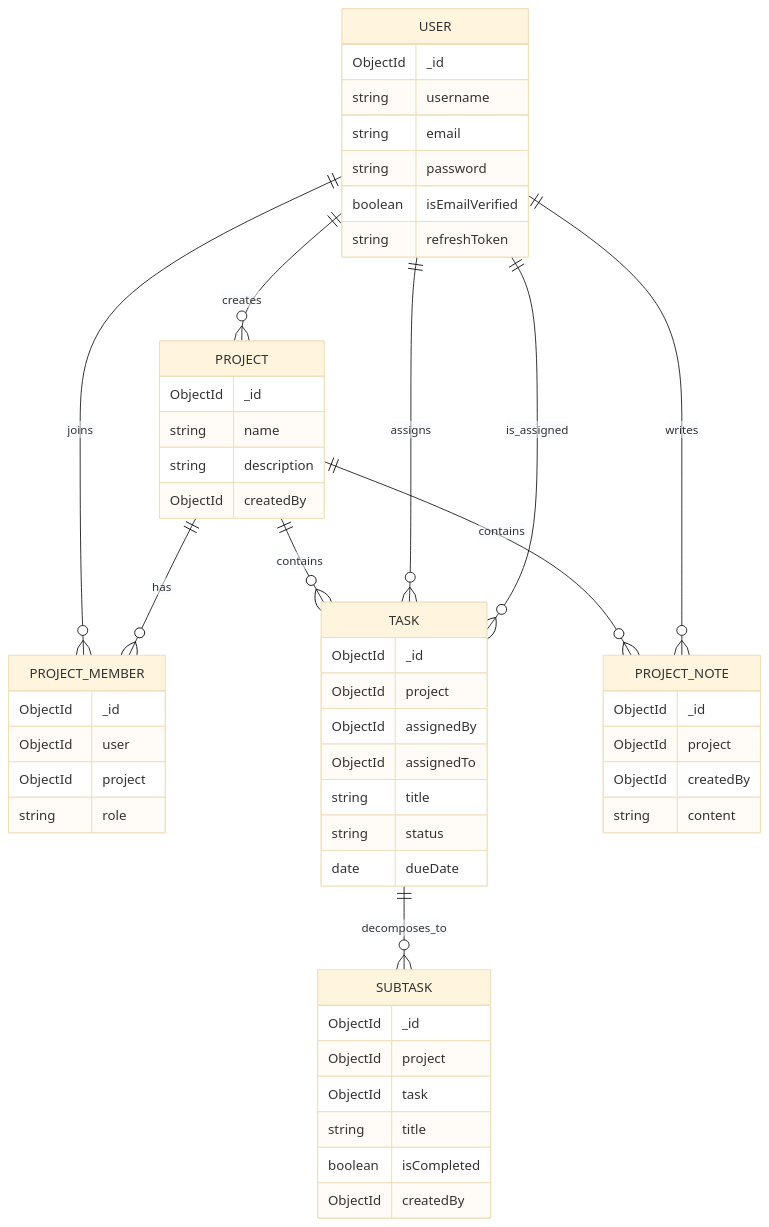
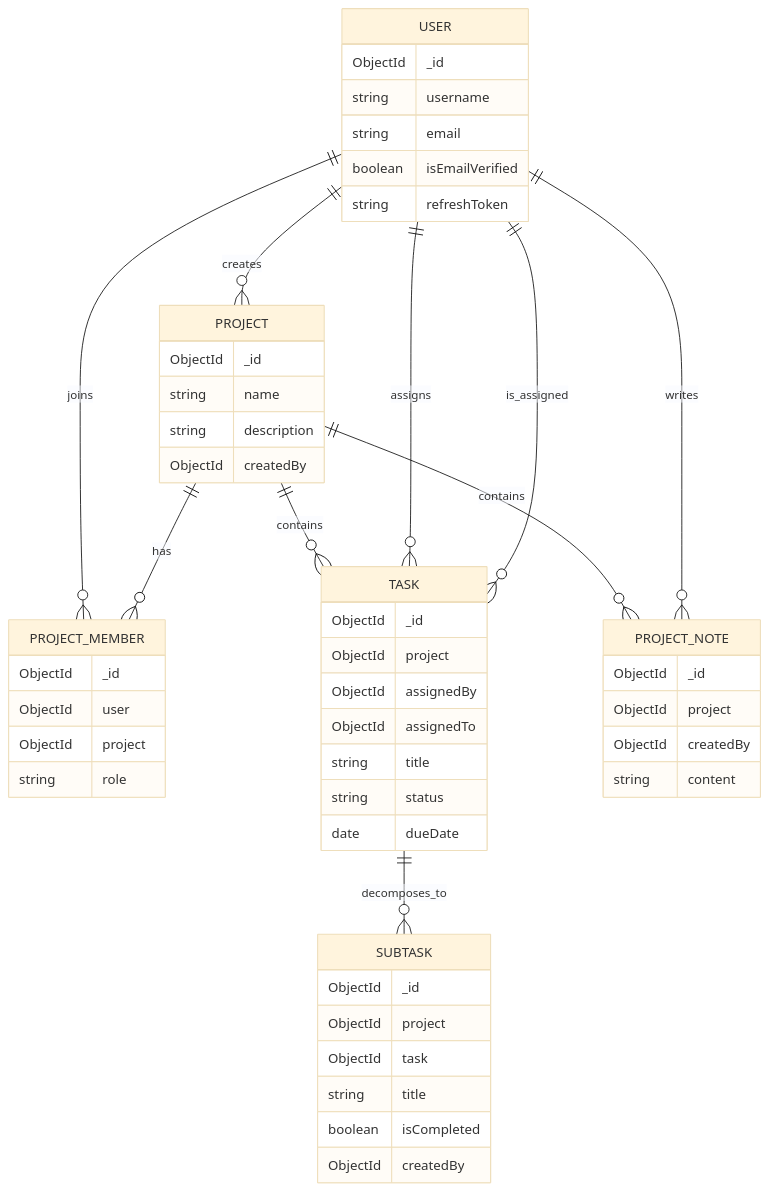
One commit to mayurbadgujar03/MaxTeam changed the second of 2 diagrams in README.md. Above: the diagram before and after it, drawn with Mermaid (base theme). The commit also changed other lines of this file, not shown here.

Commit message:
docs: update README to full-stack architecture

````diff
--- a/README.md
+++ b/README.md
@@ -77,61 +89,60 @@
 ```mermaid
 erDiagram
 		USER ||--o{ PROJECT : creates
 		USER ||--o{ PROJECT_MEMBER : joins
 		PROJECT ||--o{ PROJECT_MEMBER : has
 		PROJECT ||--o{ TASK : contains
 		TASK ||--o{ SUBTASK : decomposes_to
 		PROJECT ||--o{ PROJECT_NOTE : contains
 		USER ||--o{ TASK : assigns
 		USER ||--o{ TASK : is_assigned
 		USER ||--o{ PROJECT_NOTE : writes
 
 		USER {
 			ObjectId _id
 			string username
 			string email
-			string password
 			boolean isEmailVerified
 			string refreshToken
 		}
 
 		PROJECT {
 			ObjectId _id
 			string name
 			string description
 			ObjectId createdBy
 		}
 
 		PROJECT_MEMBER {
 			ObjectId _id
 			ObjectId user
 			ObjectId project
 			string role
 		}
 
 		TASK {
 			ObjectId _id
 			ObjectId project
 			ObjectId assignedBy
 			ObjectId assignedTo
 			string title
 			string status
 			date dueDate
 		}
 
 		SUBTASK {
 			ObjectId _id
 			ObjectId project
 			ObjectId task
 			string title
 			boolean isCompleted
 			ObjectId createdBy
 		}
 
 		PROJECT_NOTE {
 			ObjectId _id
 			ObjectId project
 			ObjectId createdBy
 			string content
 		}
 ```
````
